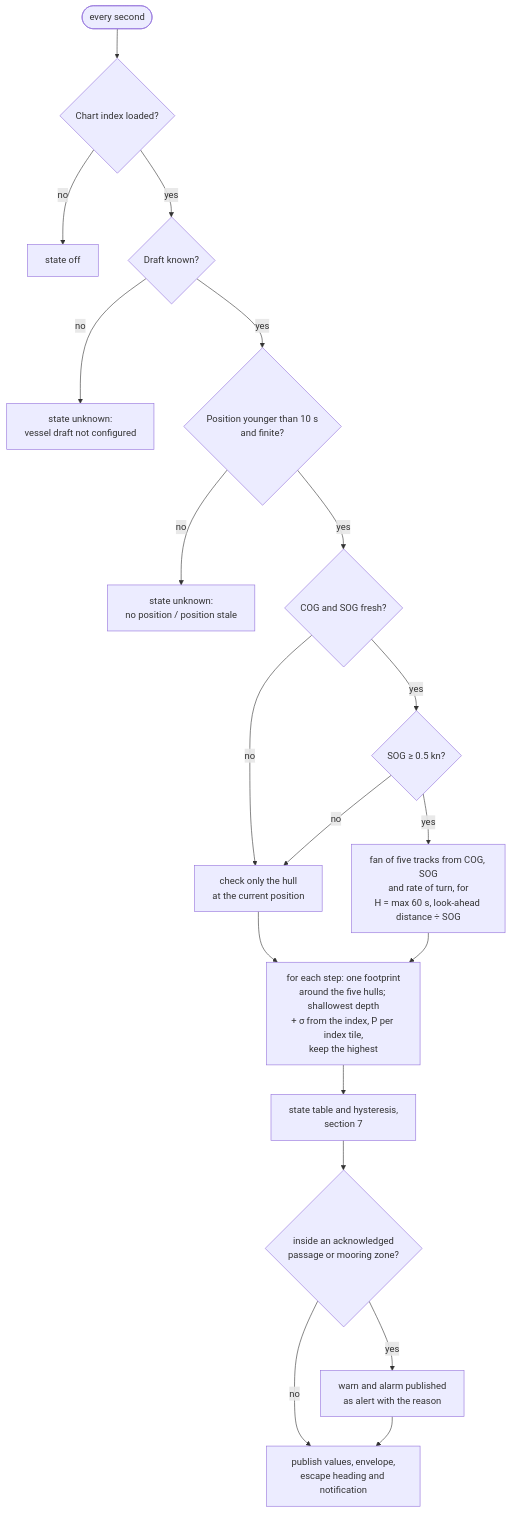
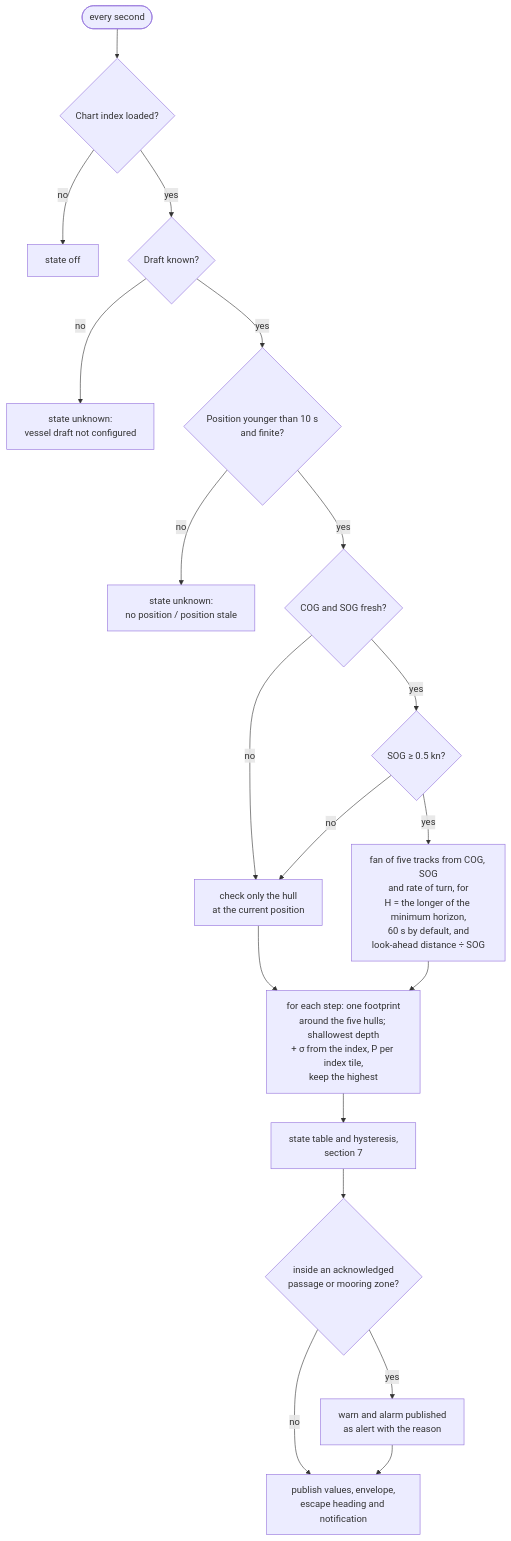
One commit to KEGustafsson/signalk-underkeel changed the third of 6 diagrams in docs/HOW-IT-WORKS.md. Above: the diagram before and after it, drawn with Mermaid. The commit also changed other lines of this file, not shown here.

First line of the commit message:
Name the minimum horizon and stale SOG in the look-ahead text

````diff
--- a/docs/HOW-IT-WORKS.md
+++ b/docs/HOW-IT-WORKS.md
@@ -271,20 +271,20 @@
 ```mermaid
 flowchart TD
   T([every second]) --> I{Chart index loaded?}
   I -- no --> OFF[state off]
   I -- yes --> D{Draft known?}
   D -- no --> UNK1[state unknown:<br/>vessel draft not configured]
   D -- yes --> P{Position younger than 10 s<br/>and finite?}
   P -- no --> UNK2[state unknown:<br/>no position / position stale]
   P -- yes --> M{COG and SOG fresh?}
   M -- no --> ONE[check only the hull<br/>at the current position]
   M -- yes --> S{SOG ≥ 0.5 kn?}
   S -- no --> ONE
-  S -- yes --> CONE[fan of five tracks from COG, SOG<br/>and rate of turn, for<br/>H = max 60 s, look-ahead distance ÷ SOG]
+  S -- yes --> CONE[fan of five tracks from COG, SOG<br/>and rate of turn, for<br/>H = the longer of the minimum horizon,<br/>60 s by default, and<br/>look-ahead distance ÷ SOG]
   ONE & CONE --> Q[for each step: one footprint<br/>around the five hulls; shallowest depth<br/>+ σ from the index, P per index tile,<br/>keep the highest]
   Q --> ST[state table and hysteresis,<br/>section 7]
   ST --> Z{inside an acknowledged<br/>passage or mooring zone?}
   Z -- yes --> AL[warn and alarm published<br/>as alert with the reason]
   Z -- no --> PUB[publish values, envelope,<br/>escape heading and notification]
   AL --> PUB
 ```
````
